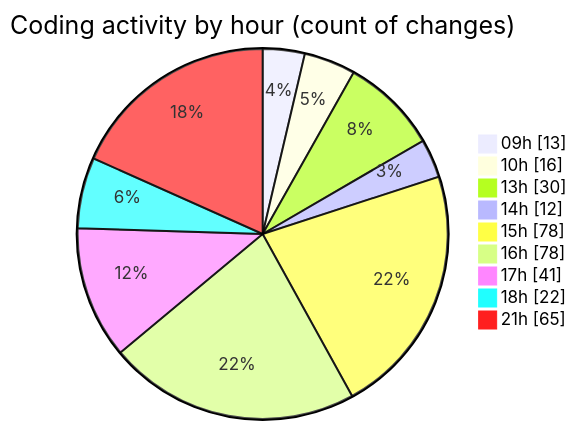
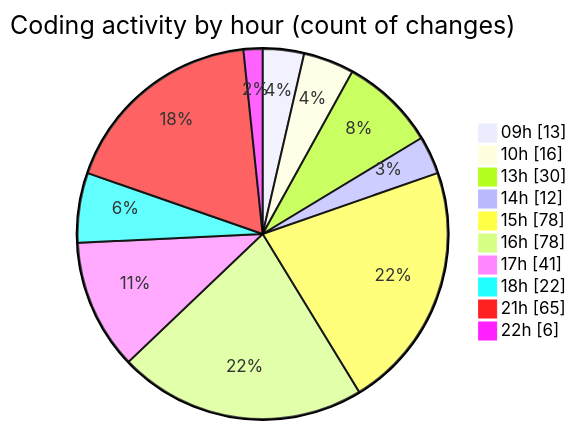
The second of 2 diagrams in 2025-03-31/cda/README.md (momahboobian/code-tracking), drawn with Mermaid before and after one commit. The commit also changed other lines of this file and 1 other file, not shown here.

````diff
--- a/2025-03-31/cda/README.md
+++ b/2025-03-31/cda/README.md
@@ -50,13 +50,14 @@
 ```mermaid
 pie showData
 title Coding activity by hour (count of changes)
 "09h" : 13
 "10h" : 16
 "13h" : 30
 "14h" : 12
 "15h" : 78
 "16h" : 78
 "17h" : 41
 "18h" : 22
 "21h" : 65
+"22h" : 6
 ```
````
